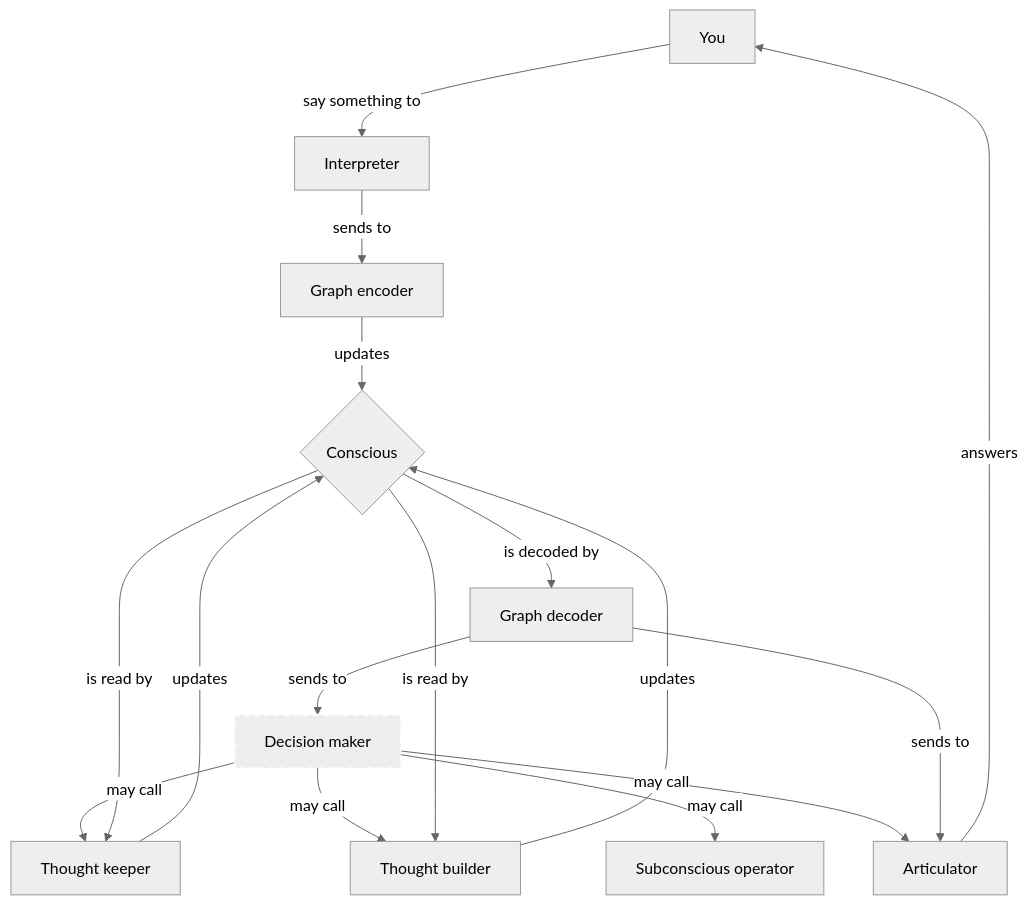
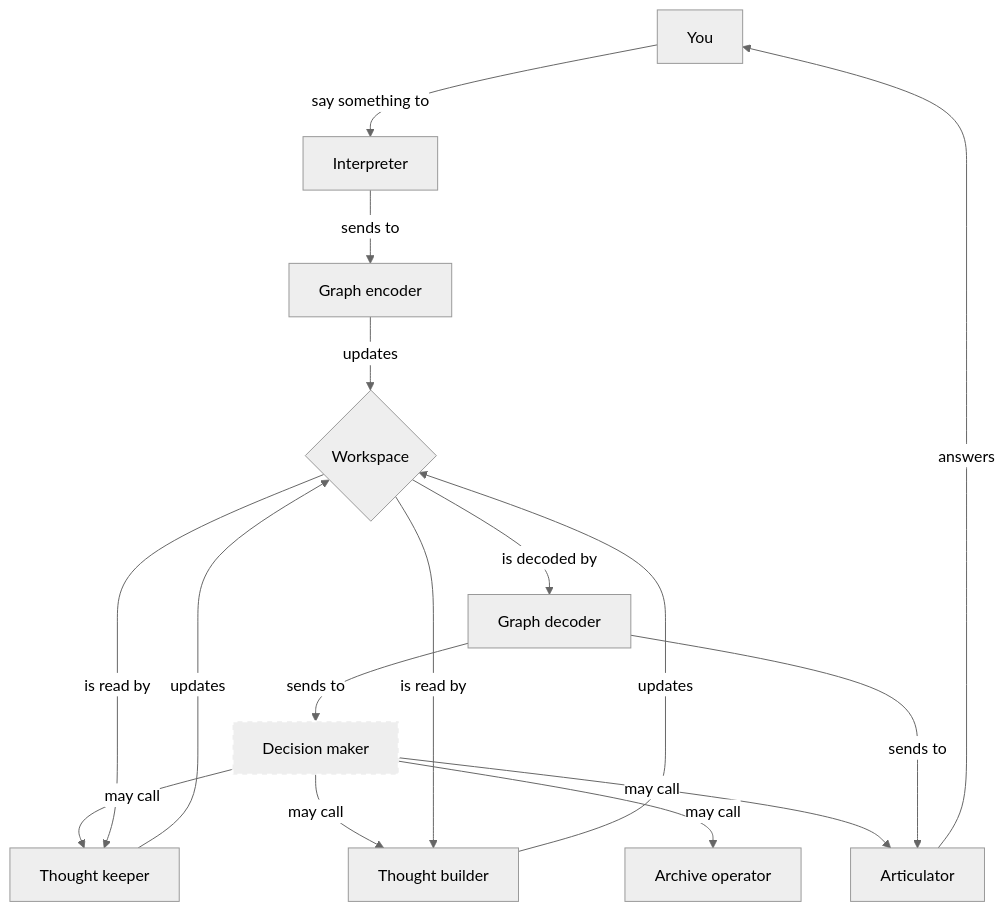
One commit to cl3t0/mentatus changed the third of 3 diagrams in README.md. Above: the diagram before and after it, drawn with Mermaid (neutral theme). The commit also changed other lines of this file, not shown here.

Commit message:
feat: cons and sub to workspace and archive

````diff
--- a/README.md
+++ b/README.md
@@ -59,21 +61,21 @@
 ```mermaid
 graph
     You -->|say something to| Interpreter
     Interpreter -->|sends to| Graph_encoder[Graph encoder]
-    Graph_encoder -->|updates| Conscious{Conscious}
-    Conscious -->|is decoded by| Graph_decoder[Graph decoder]
+    Graph_encoder -->|updates| Workspace{Workspace}
+    Workspace -->|is decoded by| Graph_decoder[Graph decoder]
     Graph_decoder -->|sends to| Decision_maker[Decision maker]
     Decision_maker -->|may call| Thought_keeper[Thought keeper]
-    Conscious -->|is read by| Thought_keeper
-    Thought_keeper -->|updates| Conscious
+    Workspace -->|is read by| Thought_keeper
+    Thought_keeper -->|updates| Workspace
     Decision_maker -->|may call| Thought_builder[Thought builder]
-    Conscious -->|is read by| Thought_builder
-    Thought_builder -->|updates| Conscious
-    Decision_maker -->|may call| Subconscious_operator[Subconscious operator]
+    Workspace -->|is read by| Thought_builder
+    Thought_builder -->|updates| Workspace
+    Decision_maker -->|may call| Archive_operator[Archive operator]
     Decision_maker -->|may call| Articulator
     Graph_decoder -->|sends to| Articulator
     Articulator -->|answers| You
 
     classDef decision stroke:#fff,stroke-width:2px,stroke-dasharray: 5,5;
     class Decision_maker decision;
 ```
````
